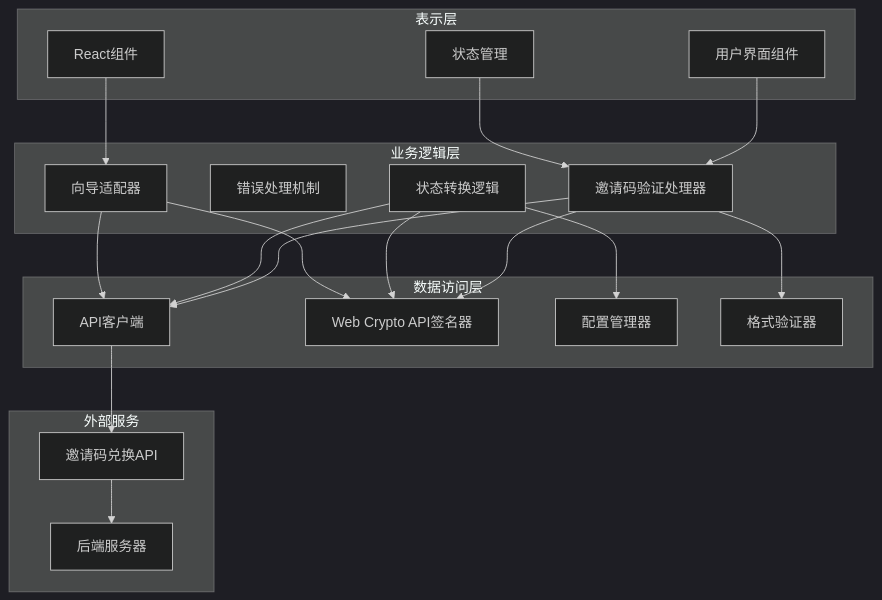
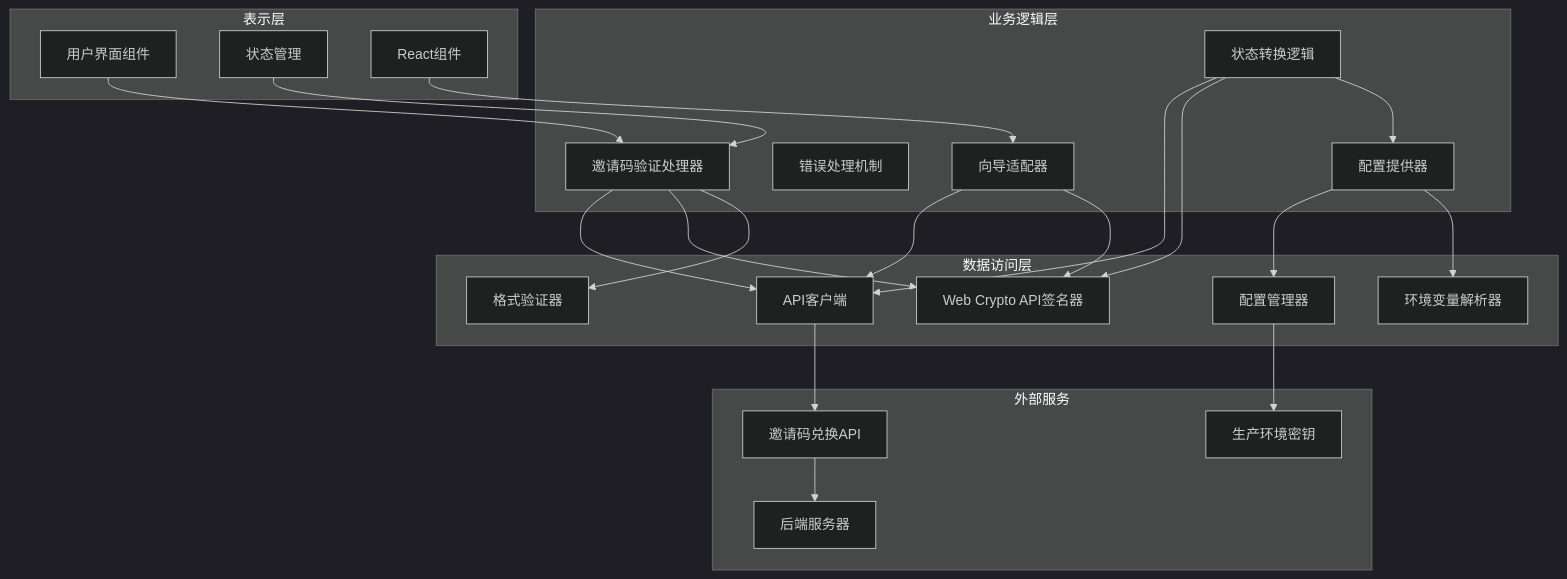
Before and after one commit to verse-ai-org/openclaw: the fourth of 14 diagrams in .qoder/repowiki/zh/content/核心概念/邀请码API客户端.md, drawn with Mermaid (dark theme). The commit also changed other lines of this file and 50 other files, not shown here.

````diff
--- a/.qoder/repowiki/zh/content/核心概念/邀请码API客户端.md
+++ b/.qoder/repowiki/zh/content/核心概念/邀请码API客户端.md
@@ -181,37 +206,43 @@
 ```mermaid
 graph TB
 subgraph "表示层"
 A[用户界面组件]
 B[状态管理]
 C[React组件]
 end
 subgraph "业务逻辑层"
 D[邀请码验证处理器]
 E[错误处理机制]
 F[状态转换逻辑]
 G[向导适配器]
+H[配置提供器]
 end
 subgraph "数据访问层"
-H[API客户端]
-I[Web Crypto API签名器]
-J[配置管理器]
-K[格式验证器]
+I[API客户端]
+J[Web Crypto API签名器]
+K[配置管理器]
+L[格式验证器]
+M[环境变量解析器]
 end
 subgraph "外部服务"
-L[邀请码兑换API]
-M[后端服务器]
+N[邀请码兑换API]
+O[后端服务器]
+P[生产环境密钥]
 end
 A --> D
 B --> D
 C --> G
-D --> H
 D --> I
-D --> K
-F --> H
+D --> J
+D --> L
 F --> I
 F --> J
-G --> H
+F --> H
 G --> I
-H --> L
-L --> M
+G --> J
+H --> K
+H --> M
+K --> P
+I --> N
+N --> O
 ```
````
